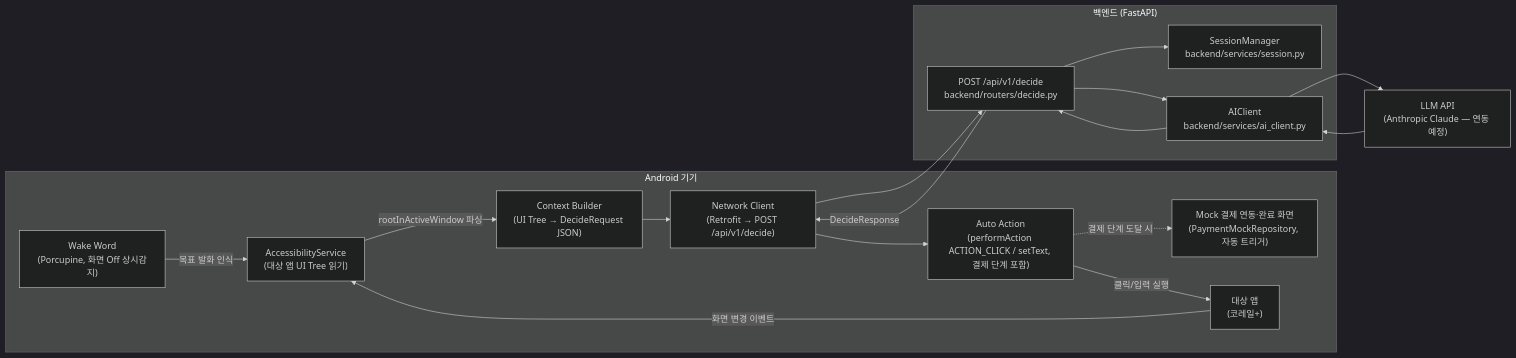
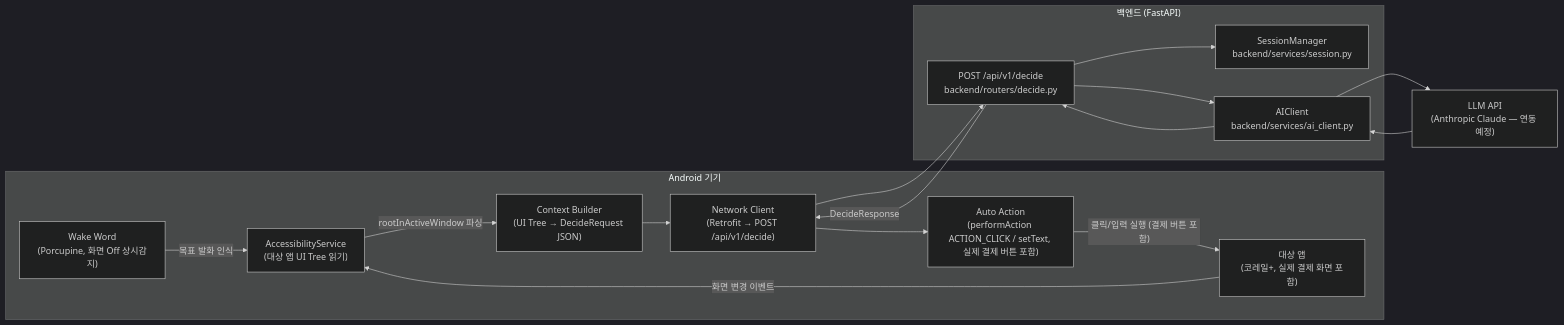
The diagram in docs/ARCHITECTURE.md (jhHa0320/2026-unithon), drawn with Mermaid (dark theme) before and after one commit. The commit also changed other lines of this file and 3 other files, not shown here.

First line of the commit message:
docs: real payment execution, not Mock — AI clicks through actual KORAIL payment

````diff
--- a/docs/ARCHITECTURE.md
+++ b/docs/ARCHITECTURE.md
@@ -13,35 +13,33 @@
 ```mermaid
 flowchart LR
     subgraph Device["Android 기기"]
         WW["Wake Word\n(Porcupine, 화면 Off 상시감지)"]
         AS["AccessibilityService\n(대상 앱 UI Tree 읽기)"]
         CB["Context Builder\n(UI Tree → DecideRequest JSON)"]
         NET["Network Client\n(Retrofit → POST /api/v1/decide)"]
-        ACT["Auto Action\n(performAction ACTION_CLICK / setText, 결제 단계 포함)"]
-        MOCK["Mock 결제 연동·완료 화면\n(PaymentMockRepository, 자동 트리거)"]
-        TARGET["대상 앱\n(코레일+)"]
+        ACT["Auto Action\n(performAction ACTION_CLICK / setText, 실제 결제 버튼 포함)"]
+        TARGET["대상 앱\n(코레일+, 실제 결제 화면 포함)"]
     end
 
     subgraph Backend["백엔드 (FastAPI)"]
         API["POST /api/v1/decide\nbackend/routers/decide.py"]
         SESS["SessionManager\nbackend/services/session.py"]
         AI["AIClient\nbackend/services/ai_client.py"]
     end
 
     LLM["LLM API\n(Anthropic Claude — 연동 예정)"]
 
     WW -->|"목표 발화 인식"| AS
     AS -->|"rootInActiveWindow 파싱"| CB
     CB --> NET
     NET --> API
     API --> SESS
     API --> AI
     AI --> LLM
     LLM --> AI
     AI --> API
     API -->|"DecideResponse"| NET
     NET --> ACT
-    ACT -->|"클릭/입력 실행"| TARGET
+    ACT -->|"클릭/입력 실행 (결제 버튼 포함)"| TARGET
     TARGET -->|"화면 변경 이벤트"| AS
-    ACT -.->|"결제 단계 도달 시"| MOCK
 ```
````
